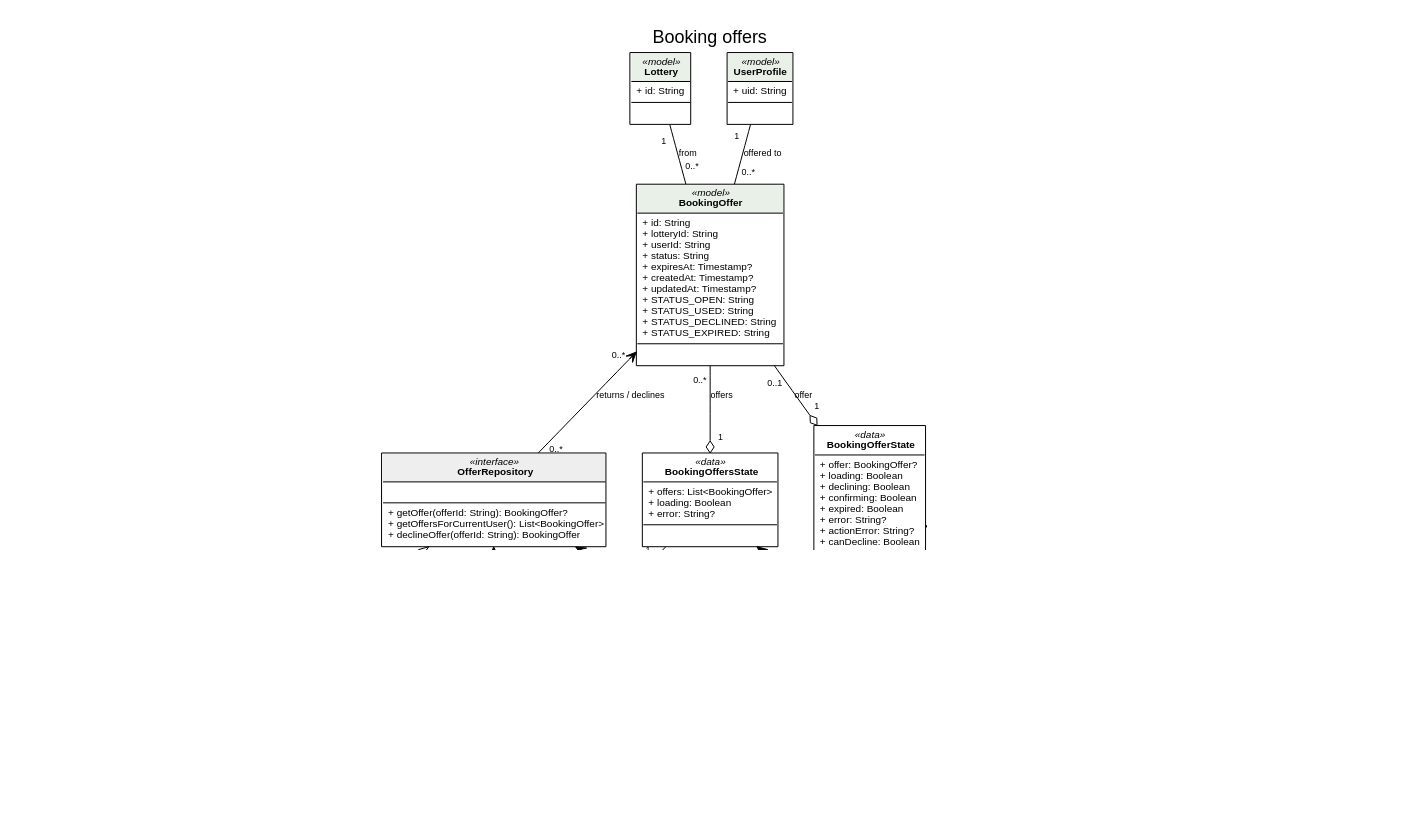
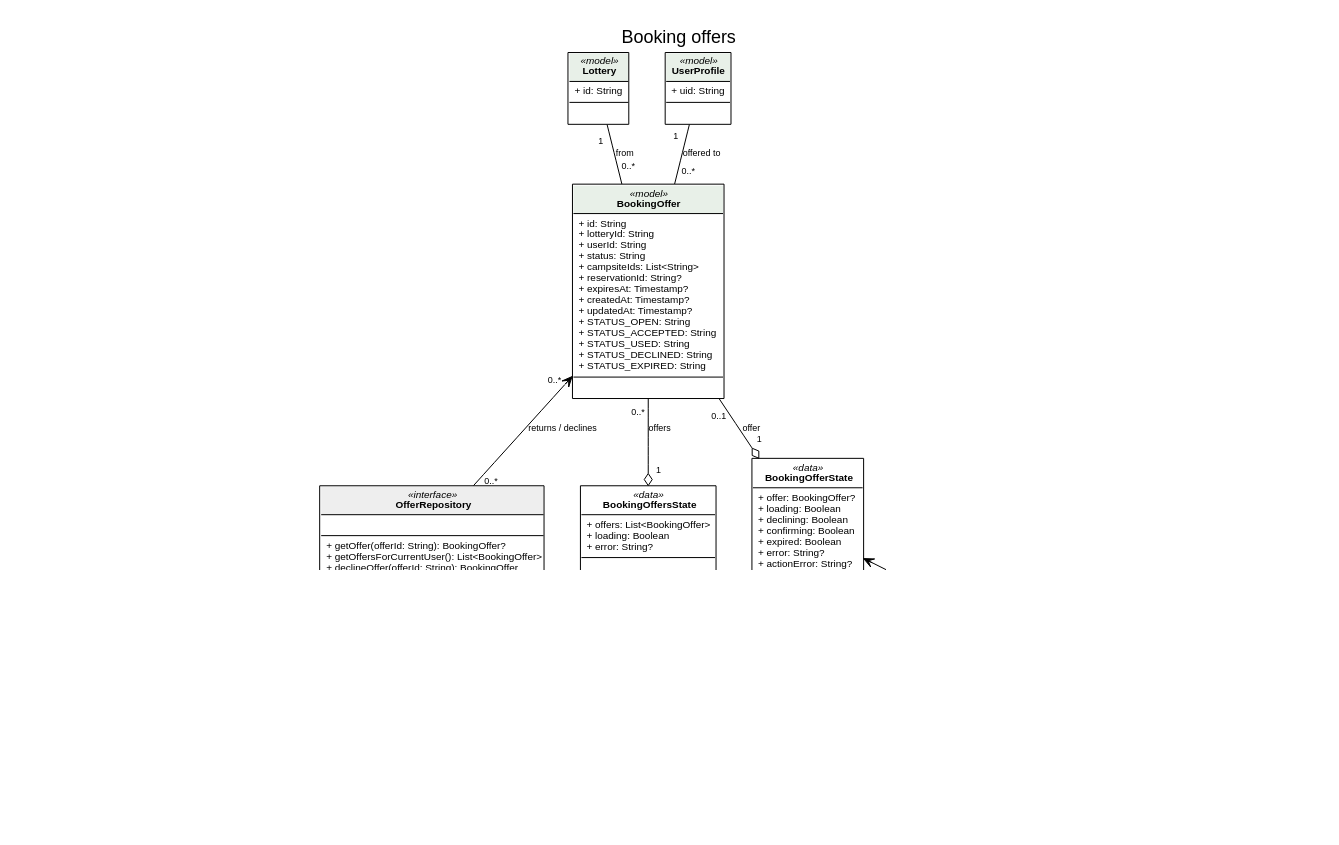
One commit to CMPUT301F26-legion/legion-events changed the diagram in doc/uml/booking_offers.dot. Above: the diagram before and after it, drawn with Graphviz. The commit also changed 34 other files, not shown here.

Commit message:
Booking offers backend implementation

```diff
--- a/doc/uml/booking_offers.dot
+++ b/doc/uml/booking_offers.dot
@@ -1,34 +1,34 @@
 // UML class diagram: booking offers and decline (Person 6)
 // Render with: python3 render.py booking_offers.dot booking_offers.png  (needs Graphviz and Google Chrome)
 digraph G {
   graph [rankdir=BT fontname="Liberation Sans" nodesep=0.5 ranksep=0.7 dpi=110 pad=0.3
          label="Booking offers" labelloc=t fontsize=18];
   node  [shape=plain fontname="Liberation Sans" fontsize=10];
   edge  [fontname="Liberation Sans" fontsize=9 labeldistance=1.8 labelangle=35];
   // Notation: extends (hollow triangle), one-way navigability (open arrow), association (plain line),
   // aggregation (hollow diamond on the owner), composition (filled diamond on the owner).
   // taillabel = source multiplicity, headlabel = target multiplicity. Extends has none.
 
-  BookingOffer [label=<<TABLE BORDER="1" CELLBORDER="0" CELLSPACING="0" CELLPADDING="4"><TR><TD BGCOLOR="#e8f0e8"><I>«model»</I><BR/><B>BookingOffer</B></TD></TR><TR><TD ALIGN="LEFT" BALIGN="LEFT" SIDES="T" BORDER="1">+ id: String<BR/>+ lotteryId: String<BR/>+ userId: String<BR/>+ status: String<BR/>+ expiresAt: Timestamp?<BR/>+ createdAt: Timestamp?<BR/>+ updatedAt: Timestamp?<BR/>+ STATUS_OPEN: String<BR/>+ STATUS_USED: String<BR/>+ STATUS_DECLINED: String<BR/>+ STATUS_EXPIRED: String</TD></TR><TR><TD ALIGN="LEFT" BALIGN="LEFT" SIDES="T" BORDER="1"> </TD></TR></TABLE>>];
+  BookingOffer [label=<<TABLE BORDER="1" CELLBORDER="0" CELLSPACING="0" CELLPADDING="4"><TR><TD BGCOLOR="#e8f0e8"><I>«model»</I><BR/><B>BookingOffer</B></TD></TR><TR><TD ALIGN="LEFT" BALIGN="LEFT" SIDES="T" BORDER="1">+ id: String<BR/>+ lotteryId: String<BR/>+ userId: String<BR/>+ status: String<BR/>+ campsiteIds: List&lt;String&gt;<BR/>+ reservationId: String?<BR/>+ expiresAt: Timestamp?<BR/>+ createdAt: Timestamp?<BR/>+ updatedAt: Timestamp?<BR/>+ STATUS_OPEN: String<BR/>+ STATUS_ACCEPTED: String<BR/>+ STATUS_USED: String<BR/>+ STATUS_DECLINED: String<BR/>+ STATUS_EXPIRED: String</TD></TR><TR><TD ALIGN="LEFT" BALIGN="LEFT" SIDES="T" BORDER="1"> </TD></TR></TABLE>>];
   Lottery [label=<<TABLE BORDER="1" CELLBORDER="0" CELLSPACING="0" CELLPADDING="4"><TR><TD BGCOLOR="#e8f0e8"><I>«model»</I><BR/><B>Lottery</B></TD></TR><TR><TD ALIGN="LEFT" BALIGN="LEFT" SIDES="T" BORDER="1">+ id: String</TD></TR><TR><TD ALIGN="LEFT" BALIGN="LEFT" SIDES="T" BORDER="1"> </TD></TR></TABLE>>];
   UserProfile [label=<<TABLE BORDER="1" CELLBORDER="0" CELLSPACING="0" CELLPADDING="4"><TR><TD BGCOLOR="#e8f0e8"><I>«model»</I><BR/><B>UserProfile</B></TD></TR><TR><TD ALIGN="LEFT" BALIGN="LEFT" SIDES="T" BORDER="1">+ uid: String</TD></TR><TR><TD ALIGN="LEFT" BALIGN="LEFT" SIDES="T" BORDER="1"> </TD></TR></TABLE>>];
   OfferRepository [label=<<TABLE BORDER="1" CELLBORDER="0" CELLSPACING="0" CELLPADDING="4"><TR><TD BGCOLOR="#eeeeee"><I>«interface»</I><BR/><B>OfferRepository</B></TD></TR><TR><TD ALIGN="LEFT" BALIGN="LEFT" SIDES="T" BORDER="1"> </TD></TR><TR><TD ALIGN="LEFT" BALIGN="LEFT" SIDES="T" BORDER="1">+ getOffer(offerId: String): BookingOffer?<BR/>+ getOffersForCurrentUser(): List&lt;BookingOffer&gt;<BR/>+ declineOffer(offerId: String): BookingOffer</TD></TR></TABLE>>];
-  FirebaseOfferRepository [label=<<TABLE BORDER="1" CELLBORDER="0" CELLSPACING="0" CELLPADDING="4"><TR><TD><B>FirebaseOfferRepository</B></TD></TR><TR><TD ALIGN="LEFT" BALIGN="LEFT" SIDES="T" BORDER="1">- auth: FirebaseAuth<BR/>- firestore: FirebaseFirestore<BR/>- now: () -&gt; Timestamp<BR/>- COLLECTION = "offers"</TD></TR><TR><TD ALIGN="LEFT" BALIGN="LEFT" SIDES="T" BORDER="1">+ getOffer(offerId: String): BookingOffer?<BR/>+ getOffersForCurrentUser(): List&lt;BookingOffer&gt;<BR/>+ declineOffer(offerId: String): BookingOffer<BR/>- currentUserId(): String<BR/>- offerDocument(offerId: String): DocumentReference<BR/>- DocumentSnapshot.toOwnedOffer(userId: String): BookingOffer<BR/>- DocumentSnapshot.requiredString(field: String): String<BR/>- DocumentSnapshot.optionalTimestamp(field: String): Timestamp?<BR/>- withOfferAccess(operation): T</TD></TR></TABLE>>];
+  FirebaseOfferRepository [label=<<TABLE BORDER="1" CELLBORDER="0" CELLSPACING="0" CELLPADDING="4"><TR><TD><B>FirebaseOfferRepository</B></TD></TR><TR><TD ALIGN="LEFT" BALIGN="LEFT" SIDES="T" BORDER="1">- auth: FirebaseAuth<BR/>- firestore: FirebaseFirestore<BR/>- now: () -&gt; Timestamp<BR/>- COLLECTION = "offers"</TD></TR><TR><TD ALIGN="LEFT" BALIGN="LEFT" SIDES="T" BORDER="1">+ getOffer(offerId: String): BookingOffer?<BR/>+ getOffersForCurrentUser(): List&lt;BookingOffer&gt;<BR/>+ declineOffer(offerId: String): BookingOffer<BR/>- currentUserId(): String<BR/>- offerDocument(offerId: String): DocumentReference<BR/>- withOfferAccess(operation): T</TD></TR></TABLE>>];
   BookingOffersController [label=<<TABLE BORDER="1" CELLBORDER="0" CELLSPACING="0" CELLPADDING="4"><TR><TD BGCOLOR="#e8eef8"><I>«controller» ViewModel</I><BR/><B>BookingOffersController</B></TD></TR><TR><TD ALIGN="LEFT" BALIGN="LEFT" SIDES="T" BORDER="1">- repository: OfferRepository<BR/>- mutableState: MutableStateFlow&lt;BookingOffersState&gt;<BR/>+ state: StateFlow&lt;BookingOffersState&gt;<BR/>- request: Job?</TD></TR><TR><TD ALIGN="LEFT" BALIGN="LEFT" SIDES="T" BORDER="1">+ retry()</TD></TR></TABLE>>];
   BookingOffersState [label=<<TABLE BORDER="1" CELLBORDER="0" CELLSPACING="0" CELLPADDING="4"><TR><TD><I>«data»</I><BR/><B>BookingOffersState</B></TD></TR><TR><TD ALIGN="LEFT" BALIGN="LEFT" SIDES="T" BORDER="1">+ offers: List&lt;BookingOffer&gt;<BR/>+ loading: Boolean<BR/>+ error: String?</TD></TR><TR><TD ALIGN="LEFT" BALIGN="LEFT" SIDES="T" BORDER="1"> </TD></TR></TABLE>>];
   BookingOfferController [label=<<TABLE BORDER="1" CELLBORDER="0" CELLSPACING="0" CELLPADDING="4"><TR><TD BGCOLOR="#e8eef8"><I>«controller» ViewModel</I><BR/><B>BookingOfferController</B></TD></TR><TR><TD ALIGN="LEFT" BALIGN="LEFT" SIDES="T" BORDER="1">- offerId: String<BR/>- repository: OfferRepository<BR/>- now: () -&gt; Timestamp<BR/>- mutableState: MutableStateFlow&lt;BookingOfferState&gt;<BR/>+ state: StateFlow&lt;BookingOfferState&gt;<BR/>- request: Job?</TD></TR><TR><TD ALIGN="LEFT" BALIGN="LEFT" SIDES="T" BORDER="1">+ retry()<BR/>+ requestDecline()<BR/>+ cancelDecline()<BR/>+ confirmDecline()<BR/>- isExpired(offer: BookingOffer?): Boolean<BR/>- expireBeforeAction(): Boolean</TD></TR></TABLE>>];
   BookingOfferState [label=<<TABLE BORDER="1" CELLBORDER="0" CELLSPACING="0" CELLPADDING="4"><TR><TD><I>«data»</I><BR/><B>BookingOfferState</B></TD></TR><TR><TD ALIGN="LEFT" BALIGN="LEFT" SIDES="T" BORDER="1">+ offer: BookingOffer?<BR/>+ loading: Boolean<BR/>+ declining: Boolean<BR/>+ confirming: Boolean<BR/>+ expired: Boolean<BR/>+ error: String?<BR/>+ actionError: String?<BR/>+ canDecline: Boolean</TD></TR><TR><TD ALIGN="LEFT" BALIGN="LEFT" SIDES="T" BORDER="1"> </TD></TR></TABLE>>];
   Views [label=<<TABLE BORDER="1" CELLBORDER="0" CELLSPACING="0" CELLPADDING="4"><TR><TD BGCOLOR="#f8f0e0"><I>«view» composables</I><BR/><B>Offer screens</B></TD></TR><TR><TD ALIGN="LEFT" BALIGN="LEFT" SIDES="T" BORDER="1"> </TD></TR><TR><TD ALIGN="LEFT" BALIGN="LEFT" SIDES="T" BORDER="1">+ LotteriesScreen(entries, canLeave, onLeave, onCancelLeave, onConfirmLeave, onRetry, onOffers)<BR/>+ BookingOffersScreen(state, onBack, onRetry, onOpen)<BR/>+ BookingOfferScreen(state, onBack, onRetry, onDecline, onConfirmDecline, onCancelDecline)</TD></TR></TABLE>>];
   FirebaseOfferRepository -> OfferRepository [arrowhead=onormal];
   OfferRepository -> BookingOffer [arrowhead=vee label="returns / declines" taillabel="0..*" headlabel="0..*"];
   BookingOffer -> Lottery [arrowhead=none label="from" taillabel="0..*" headlabel="1"];
   BookingOffer -> UserProfile [arrowhead=none label="offered to" taillabel="0..*" headlabel="1"];
   BookingOffersController -> OfferRepository [arrowhead=vee label="uses" taillabel="0..*" headlabel="1"];
   BookingOffersController -> BookingOffersState [dir=back arrowtail=diamond label="exposes" taillabel="1" headlabel="1"];
   BookingOffersState -> BookingOffer [dir=back arrowtail=odiamond label="offers" taillabel="1" headlabel="0..*"];
   BookingOfferController -> OfferRepository [arrowhead=vee label="uses" taillabel="0..*" headlabel="1"];
   BookingOfferController -> BookingOfferState [dir=back arrowtail=diamond label="exposes" taillabel="1" headlabel="1"];
   BookingOfferState -> BookingOffer [dir=back arrowtail=odiamond label="offer" taillabel="1" headlabel="0..1"];
   Views -> BookingOffersState [arrowhead=vee label="renders" taillabel="0..*" headlabel="1"];
   Views -> BookingOfferState [arrowhead=vee label="renders" taillabel="0..*" headlabel="1"];
 }
```
